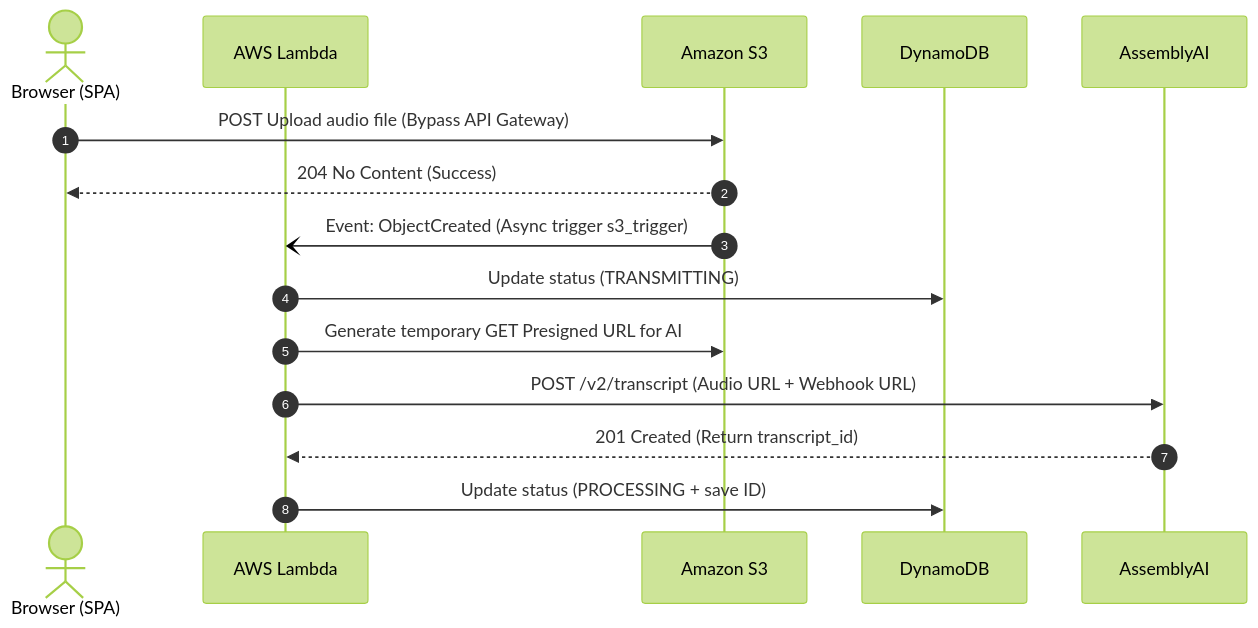
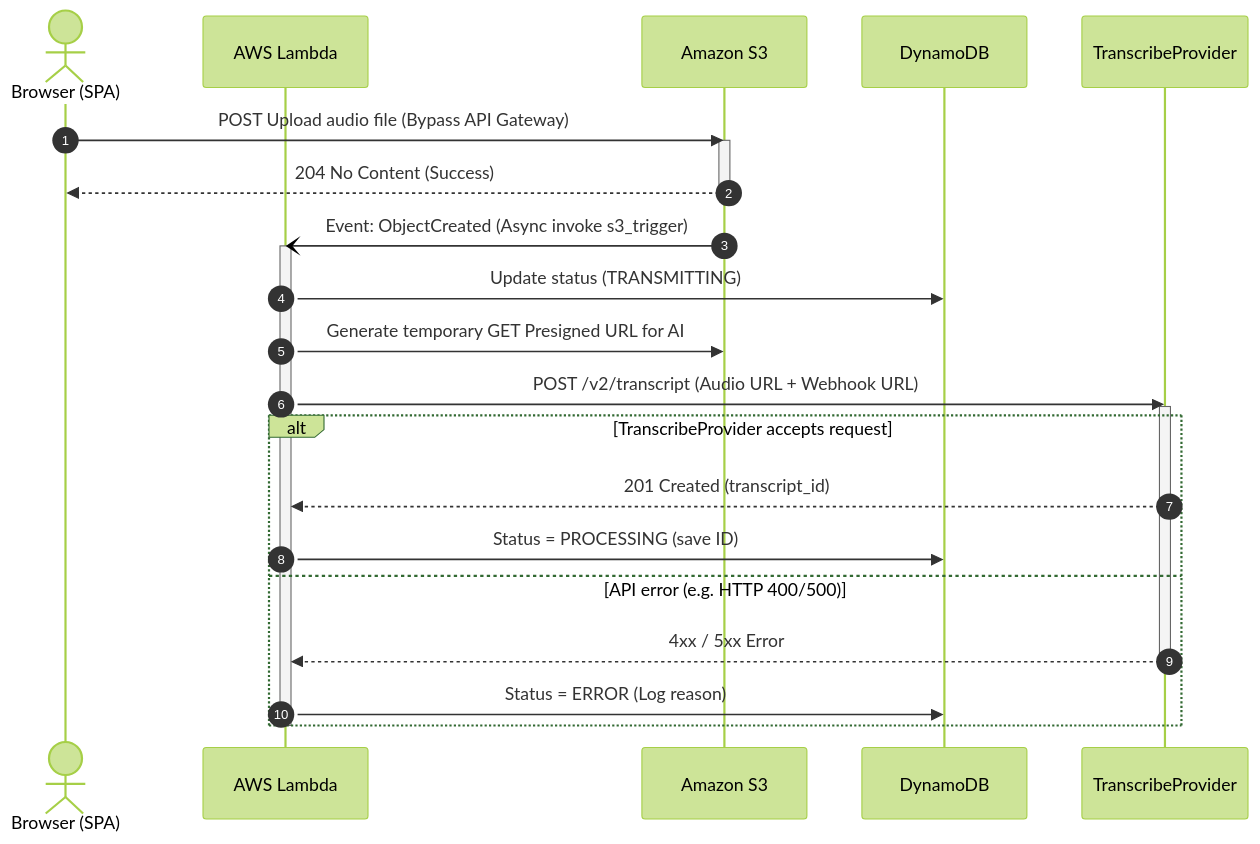
The third of 5 diagrams in docs/en/projects/serverless_transcriber/06-architecture-and-integrations.md (flatura/portfolio), drawn with Mermaid (forest theme) before and after one commit. The commit also changed other lines of this file and 22 other files, not shown here.

Commit message:
Update serverless transcriber documentation: refine technology stack, enhance context and problem descriptions, clarify goals and requirements, and improve architecture and integration details.

````diff
--- a/docs/en/projects/serverless_transcriber/06-architecture-and-integrations.md
+++ b/docs/en/projects/serverless_transcriber/06-architecture-and-integrations.md
@@ -58,20 +65,32 @@
 ```mermaid
 sequenceDiagram
     autonumber
     
     actor U as Browser (SPA)
     participant L as AWS Lambda
     participant S3 as Amazon S3
     participant DB as DynamoDB
-    participant AI as AssemblyAI
+    participant AI as TranscribeProvider
 
     U->>S3: POST Upload audio file (Bypass API Gateway)
+    activate S3
     S3-->>U: 204 No Content (Success)
+    deactivate S3
     
-    S3-)L: Event: ObjectCreated (Async trigger s3_trigger)
+    S3-)L: Event: ObjectCreated (Async invoke s3_trigger)
+    activate L
     L->>DB: Update status (TRANSMITTING)
     L->>S3: Generate temporary GET Presigned URL for AI
     L->>AI: POST /v2/transcript (Audio URL + Webhook URL)
-    AI-->>L: 201 Created (Return transcript_id)
-    L->>DB: Update status (PROCESSING + save ID)
+    activate AI
+    alt TranscribeProvider accepts request
+        AI-->>L: 201 Created (transcript_id)
+        L->>DB: Status = PROCESSING (save ID)
+    else API error (e.g. HTTP 400/500)
+        AI-->>L: 4xx / 5xx Error
+        deactivate AI
+        L->>DB: Status = ERROR (Log reason)
+    end
+    deactivate L
+    
 ```
````
